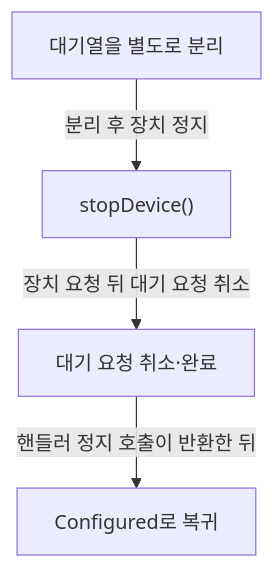
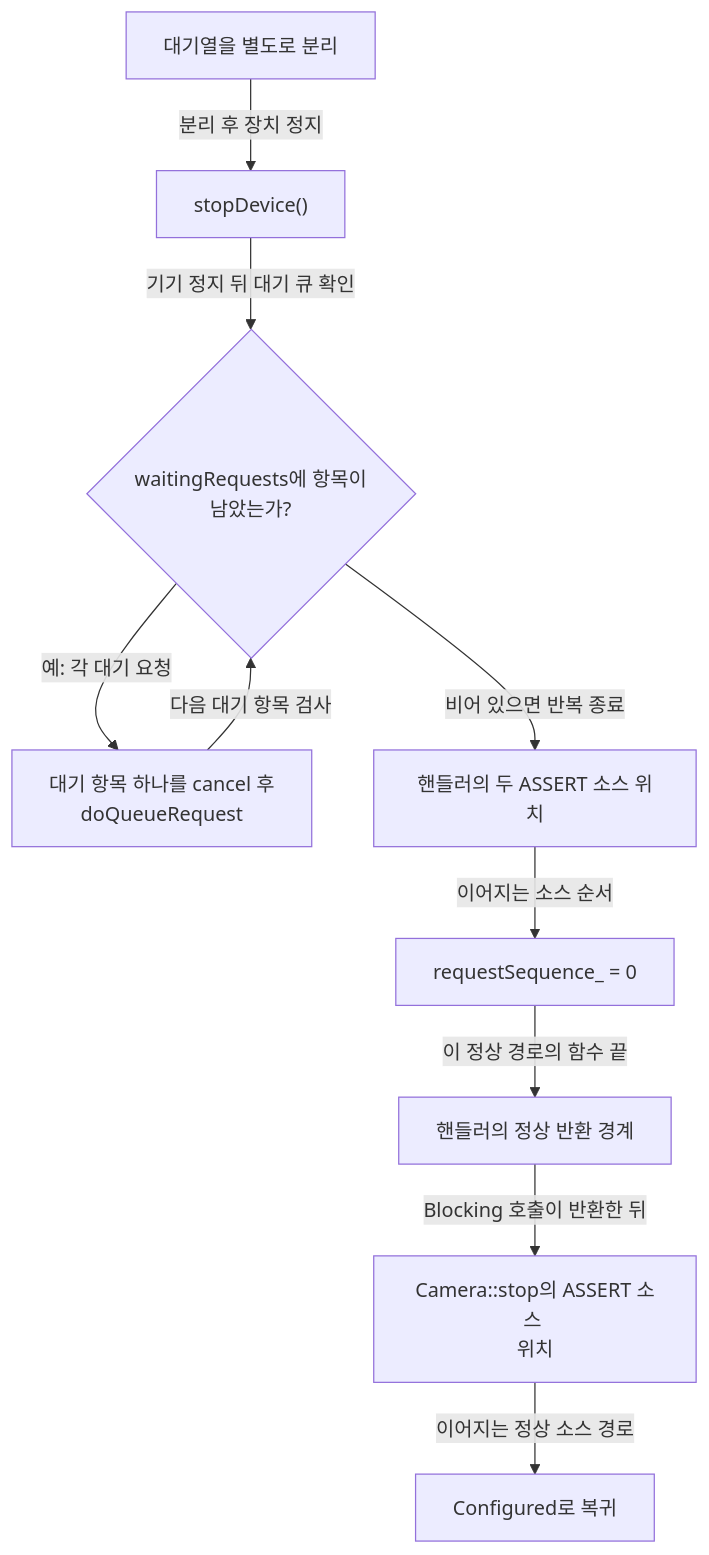
One commit to TTolsun/libcamera-sdd changed the tenth of 16 diagrams in docs/request-lifecycle.md. Above: the diagram before and after it, drawn with Mermaid. The commit also changed other lines of this file and 352 other files, not shown here.

````diff
--- a/docs/request-lifecycle.md
+++ b/docs/request-lifecycle.md
@@ -158,11 +441,22 @@
 ```mermaid
 flowchart TB
-%% sdd:translations {"Configured로 복귀": "Return to Configured", "stopDevice()": "stopDevice()", "대기 요청 취소·완료": "Cancel and complete waiting <br/>requests", "대기열을 별도로 분리": "Detach waiting queue", "분리 후 장치 정지": "Stop device after detaching", "장치 요청 뒤 대기 요청 취소": "Cancel waiting requests <br/>after device requests", "핸들러 정지 호출이 반환한 뒤": "After handler stop returns"}
+%% sdd:translations {"Blocking 호출이 반환한 뒤": "After the blocking <br/>invocation returns", "Camera::stop의 ASSERT 소스 <br/>위치": "Source location of <br/>Camera::stop ASSERT", "Configured로 복귀": "Return to Configured", "requestSequence_ = 0": "requestSequence_ = 0", "stopDevice()": "stopDevice()", "waitingRequests에 항목이 <br/>남았는가?": "Does waitingRequests <br/>contain an item?", "기기 정지 뒤 대기 큐 확인": "Inspect waiting queue after <br/>device stop", "다음 대기 항목 검사": "Inspect next waiting item", "대기 항목 하나를 cancel 후 <br/>doQueueRequest": "Cancel one waiting item, <br/>then doQueueRequest", "대기열을 별도로 분리": "Detach waiting queue", "분리 후 장치 정지": "Stop device after detaching", "비어 있으면 반복 종료": "If empty: leave loop", "예: 각 대기 요청": "Yes: each waiting request", "이 정상 경로의 함수 끝": "End of this normal function <br/>path", "이어지는 소스 순서": "Following source order", "이어지는 정상 소스 경로": "Following normal source path", "핸들러의 두 ASSERT 소스 위치": "Source locations of the two <br/>handler ASSERTs", "핸들러의 정상 반환 경계": "Handler normal-return <br/>boundary"}
   v_detach["대기열을 별도로 분리"]
   v_stop["stopDevice()"]
-  v_cancel["대기 요청 취소·완료"]
+  v_cancel["대기 항목 하나를 cancel 후 <br/>doQueueRequest"]
   v_configured["Configured로 복귀"]
+  v_waiting{"waitingRequests에 항목이 <br/>남았는가?"}
+  v_handlerchecks["핸들러의 두 ASSERT 소스 위치"]
+  v_sequence["requestSequence_ = 0"]
+  v_handlerreturn["핸들러의 정상 반환 경계"]
+  v_cameraassert["Camera::stop의 ASSERT 소스 <br/>위치"]
   v_detach -->|"분리 후 장치 정지"| v_stop
-  v_stop -->|"장치 요청 뒤 대기 요청 취소"| v_cancel
-  v_cancel -->|"핸들러 정지 호출이 반환한 뒤"| v_configured
+  v_cancel -->|"다음 대기 항목 검사"| v_waiting
+  v_stop -->|"기기 정지 뒤 대기 큐 확인"| v_waiting
+  v_waiting -->|"예: 각 대기 요청"| v_cancel
+  v_waiting -->|"비어 있으면 반복 종료"| v_handlerchecks
+  v_handlerchecks -->|"이어지는 소스 순서"| v_sequence
+  v_sequence -->|"이 정상 경로의 함수 끝"| v_handlerreturn
+  v_handlerreturn -->|"Blocking 호출이 반환한 뒤"| v_cameraassert
+  v_cameraassert -->|"이어지는 정상 소스 경로"| v_configured
 ```
````
